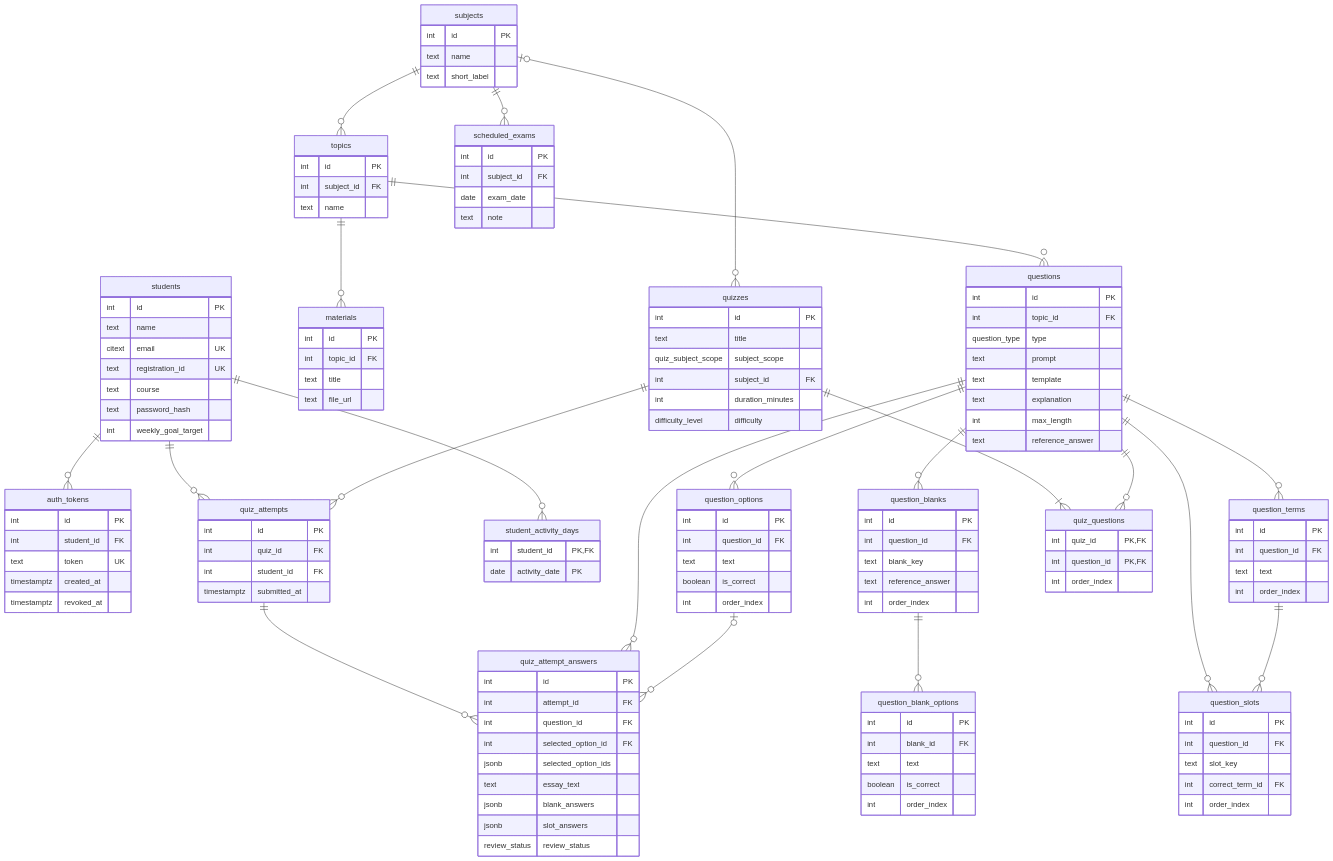
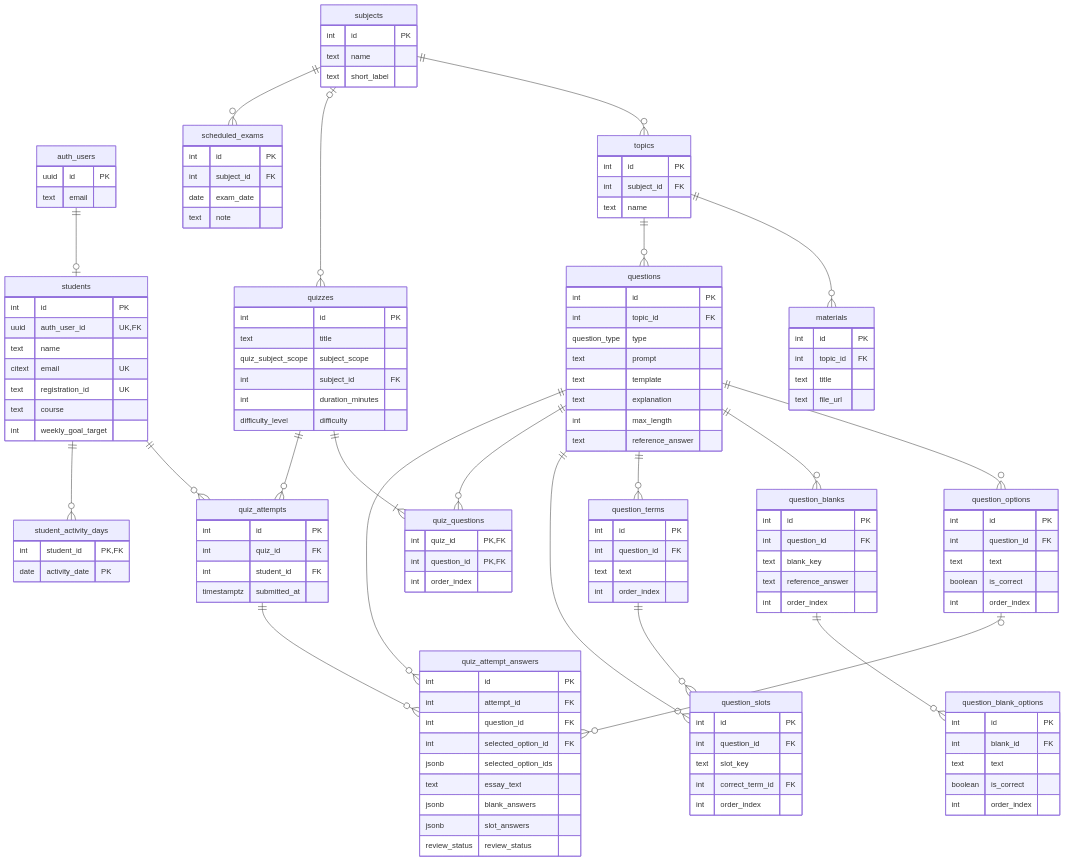
One commit to igor-fuchs01/student-app changed the second of 2 diagrams in docs/06-modelagem-de-dados.md. Above: the diagram before and after it, drawn with Mermaid. The commit also changed other lines of this file and 1 other file, not shown here.

````diff
--- a/docs/06-modelagem-de-dados.md
+++ b/docs/06-modelagem-de-dados.md
@@ -227,6 +253,6 @@
 ```mermaid
 erDiagram
-    students ||--o{ auth_tokens : ""
+    auth_users ||--o| students : ""
     students ||--o{ quiz_attempts : ""
     students ||--o{ student_activity_days : ""
 
@@ -251,22 +277,19 @@
 
     subjects ||--o{ scheduled_exams : ""
 
+    auth_users {
+        uuid id PK
+        text email
+    }
+
     students {
         int id PK
+        uuid auth_user_id UK, FK
         text name
         citext email UK
         text registration_id UK
         text course
-        text password_hash
         int weekly_goal_target
-    }
-
-    auth_tokens {
-        int id PK
-        int student_id FK
-        text token UK
-        timestamptz created_at
-        timestamptz revoked_at
     }
 
     subjects {
````
